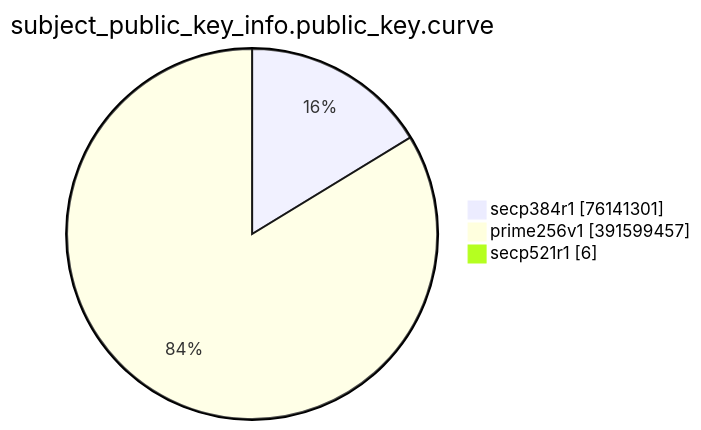
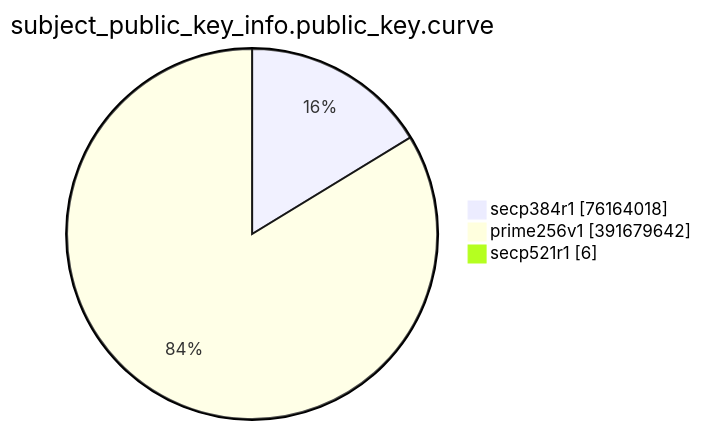
The eighth of 15 diagrams in TOTAL/README.md (christiankrug/ctmonitor_visualization), drawn with Mermaid before and after one commit. The commit also changed other lines of this file, not shown here.

````diff
--- a/TOTAL/README.md
+++ b/TOTAL/README.md
@@ -3094,7 +3094,7 @@
 ```mermaid
 pie showData
 title subject_public_key_info.public_key.curve
-"secp384r1" :76141301
-"prime256v1" :391599457
+"secp384r1" :76164018
+"prime256v1" :391679642
 "secp521r1" :6
 ```
````
